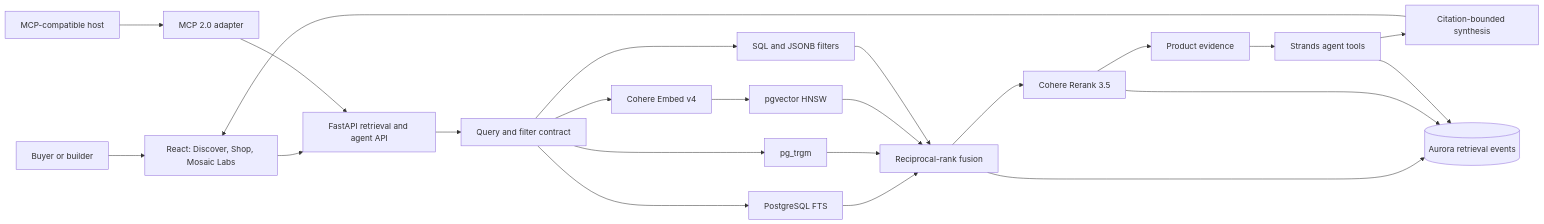
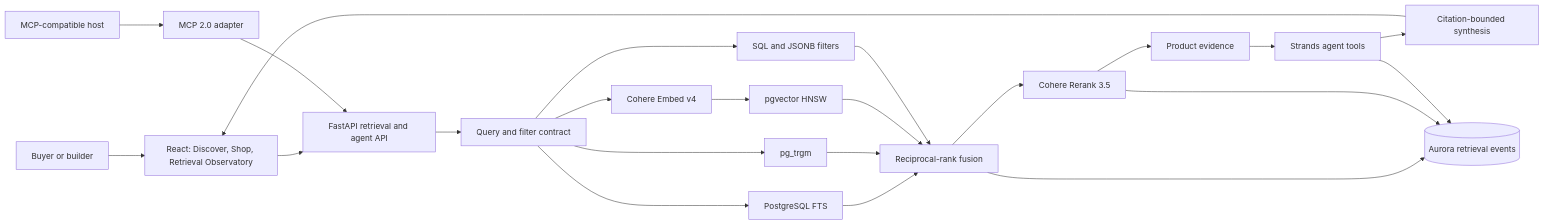
One commit to aws-samples/sample-agentic-hybrid-retrieval-aurora-postgresql changed the diagram in README.md. Above: the diagram before and after it, drawn with Mermaid. The commit also changed other lines of this file, not shown here.

First line of the commit message:
Name the retrieval surface consistently in the README

````diff
--- a/README.md
+++ b/README.md
@@ -113,28 +113,28 @@
 ```mermaid
 flowchart LR
-    U[Buyer or builder] --> UI[React: Discover, Shop, Mosaic Labs]
+    U[Buyer or builder] --> UI[React: Discover, Shop, Retrieval Observatory]
     UI --> API[FastAPI retrieval and agent API]
     H[MCP-compatible host] --> MCP[MCP 2.0 adapter]
     MCP --> API
 
     API --> Q[Query and filter contract]
     Q --> FTS[PostgreSQL FTS]
     Q --> TRI[pg_trgm]
     Q --> EMB[Cohere Embed v4]
     EMB --> HNSW[pgvector HNSW]
     Q --> FIL[SQL and JSONB filters]
 
     FTS --> RRF[Reciprocal-rank fusion]
     TRI --> RRF
     HNSW --> RRF
     FIL --> RRF
     RRF --> RR[Cohere Rerank 3.5]
     RR --> EV[Product evidence]
     EV --> AG[Strands agent tools]
     AG --> SYN[Citation-bounded synthesis]
     SYN --> UI
 
     RRF --> AUDIT[(Aurora retrieval events)]
     RR --> AUDIT
     AG --> AUDIT
 ```
````
